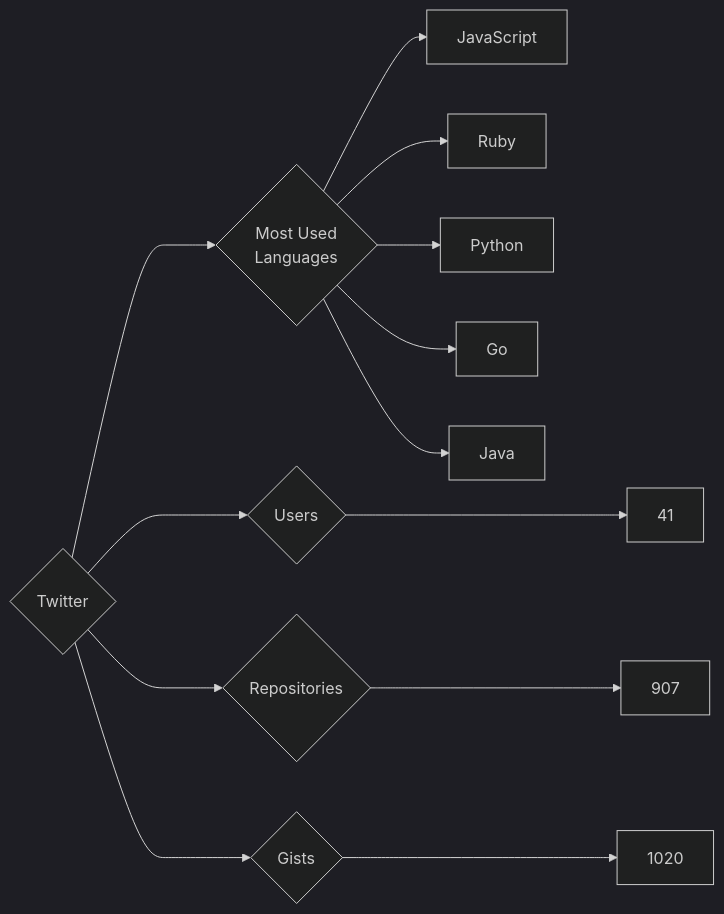
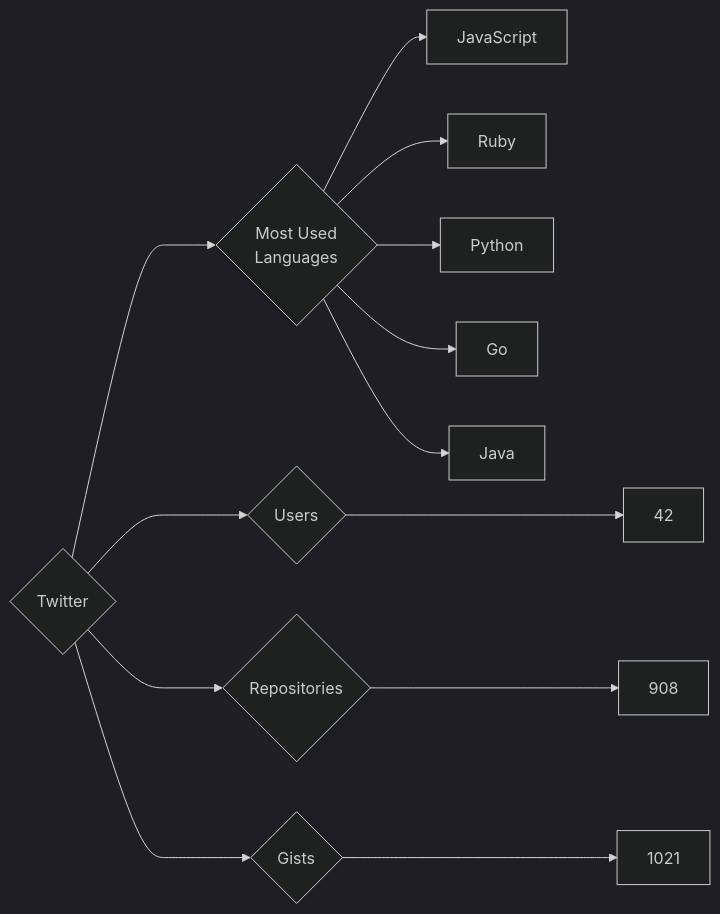
The diagram in targets/Twitter/README.md (trickest/insiders), drawn with Mermaid (dark theme) before and after one commit. The commit also changed 964 other files, not shown here.

````diff
--- a/targets/Twitter/README.md
+++ b/targets/Twitter/README.md
@@ -3,13 +3,13 @@
 ```mermaid
 graph LR
 COMPANY_NAME{Twitter}
-COMPANY_NAME ---> U{Users} ---> UN[41]
-COMPANY_NAME ---> R{Repositories} ---> RN[907]
-COMPANY_NAME ---> G{Gists} ---> GN[1020]
+COMPANY_NAME ---> U{Users} ---> UN[42]
+COMPANY_NAME ---> R{Repositories} ---> RN[908]
+COMPANY_NAME ---> G{Gists} ---> GN[1021]
 COMPANY_NAME ---> ML{Most Used<br>Languages}
 ML --> JavaScript[JavaScript]
 ML --> Ruby[Ruby]
 ML --> Python[Python]
 ML --> Go[Go]
 ML --> Java[Java]
 ```
````
